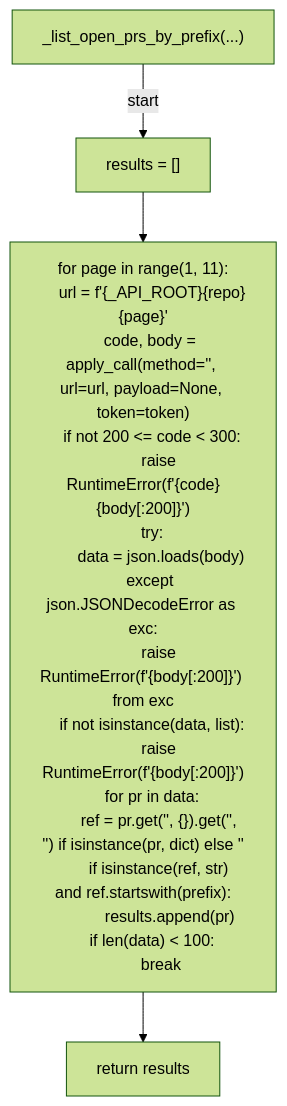
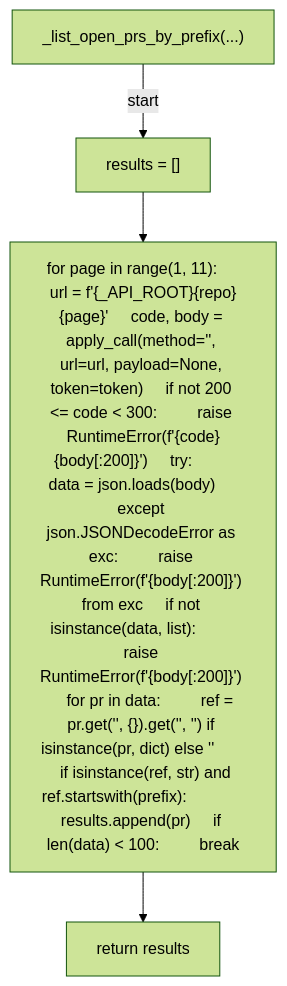
Before and after one commit to tvna/claude-md: the second of 23 diagrams in docs/generated/scripts/ast/pr_upsert.md, drawn with Mermaid (forest theme). The commit also changed other lines of this file and 29 other files, not shown here.

First line of the commit message:
docs(generated): regenerate decision tree and workflow diagrams (batch 3/5)

````diff
--- a/docs/generated/scripts/ast/pr_upsert.md
+++ b/docs/generated/scripts/ast/pr_upsert.md
@@ -38,26 +38,10 @@
 ```mermaid
 flowchart TD
     N001["_list_open_prs_by_prefix(...)"]
     N002["results = []"]
-    N003["for page in range(1, 11):
-    url = f'{_API_ROOT}<str>{repo}<str>{page}'
-    code, body = apply_call(method='<str>', url=url, payload=None, token=token)
-    if not 200 <= code < 300:
-        raise RuntimeError(f'<str>{code}<str>{body[:200]}')
-    try:
-        data = json.loads(body)
-    except json.JSONDecodeError as exc:
-        raise RuntimeError(f'<str>{body[:200]}') from exc
-    if not isinstance(data, list):
-        raise RuntimeError(f'<str>{body[:200]}')
-    for pr in data:
-        ref = pr.get('<str>', {}).get('<str>', '<str>') if isinstance(pr, dict) else '<str>'
-        if isinstance(ref, str) and ref.startswith(prefix):
-            results.append(pr)
-    if len(data) < 100:
-        break"]
+    N003["for page in range(1, 11):     url = f'{_API_ROOT}<str>{repo}<str>{page}'     code, body = apply_call(method='<str>', url=url, payload=None, token=token)     if not 200 <= code < 300:         raise RuntimeError(f'<str>{code}<str>{body[:200]}')     try:         data = json.loads(body)     except json.JSONDecodeError as exc:         raise RuntimeError(f'<str>{body[:200]}') from exc     if not isinstance(data, list):         raise RuntimeError(f'<str>{body[:200]}')     for pr in data:         ref = pr.get('<str>', {}).get('<str>', '<str>') if isinstance(pr, dict) else '<str>'         if isinstance(ref, str) and ref.startswith(prefix):             results.append(pr)     if len(data) < 100:         break"]
     N004["return results"]
     N001 -->|"start"| N002
     N002 --> N003
     N003 --> N004
 ```
````
